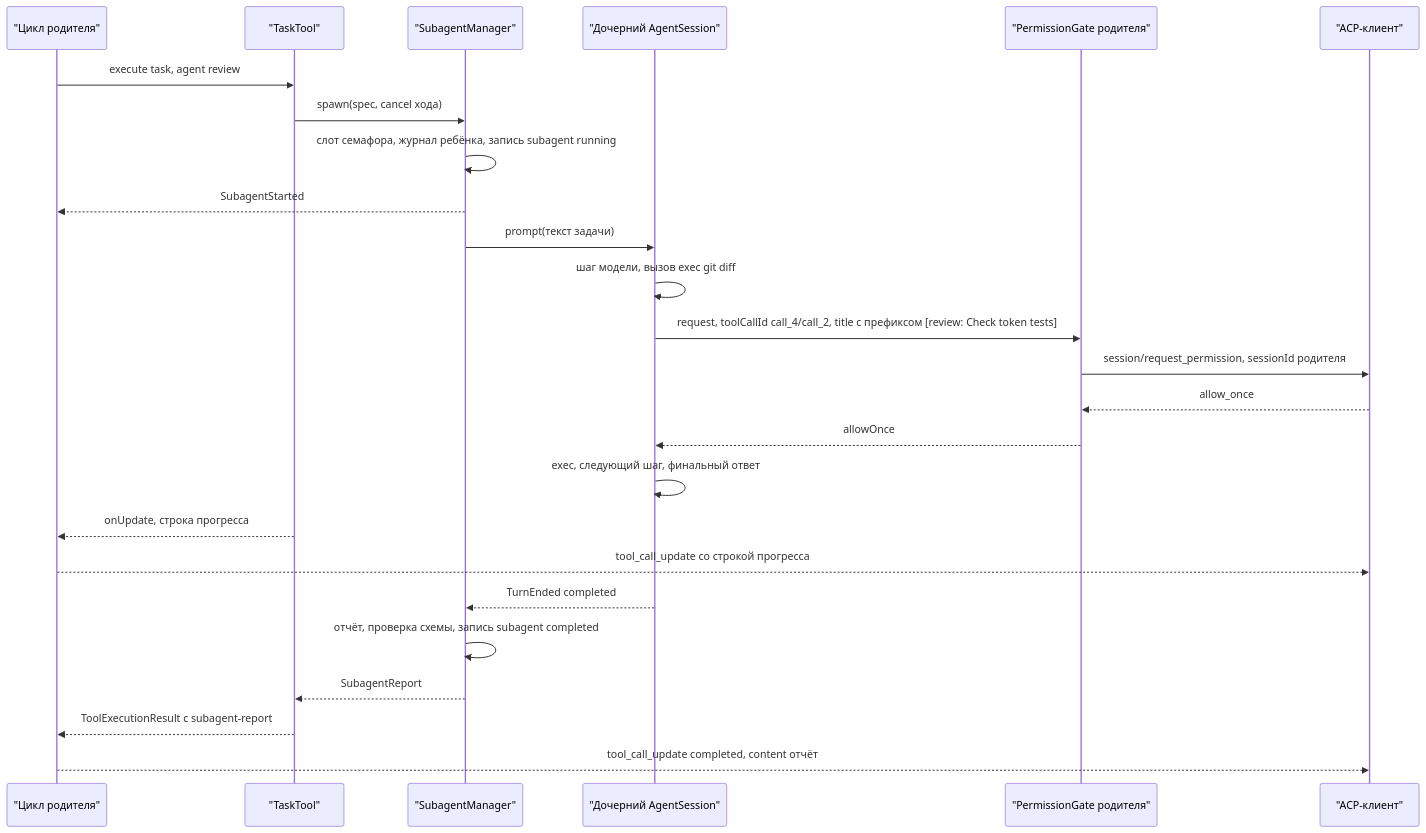
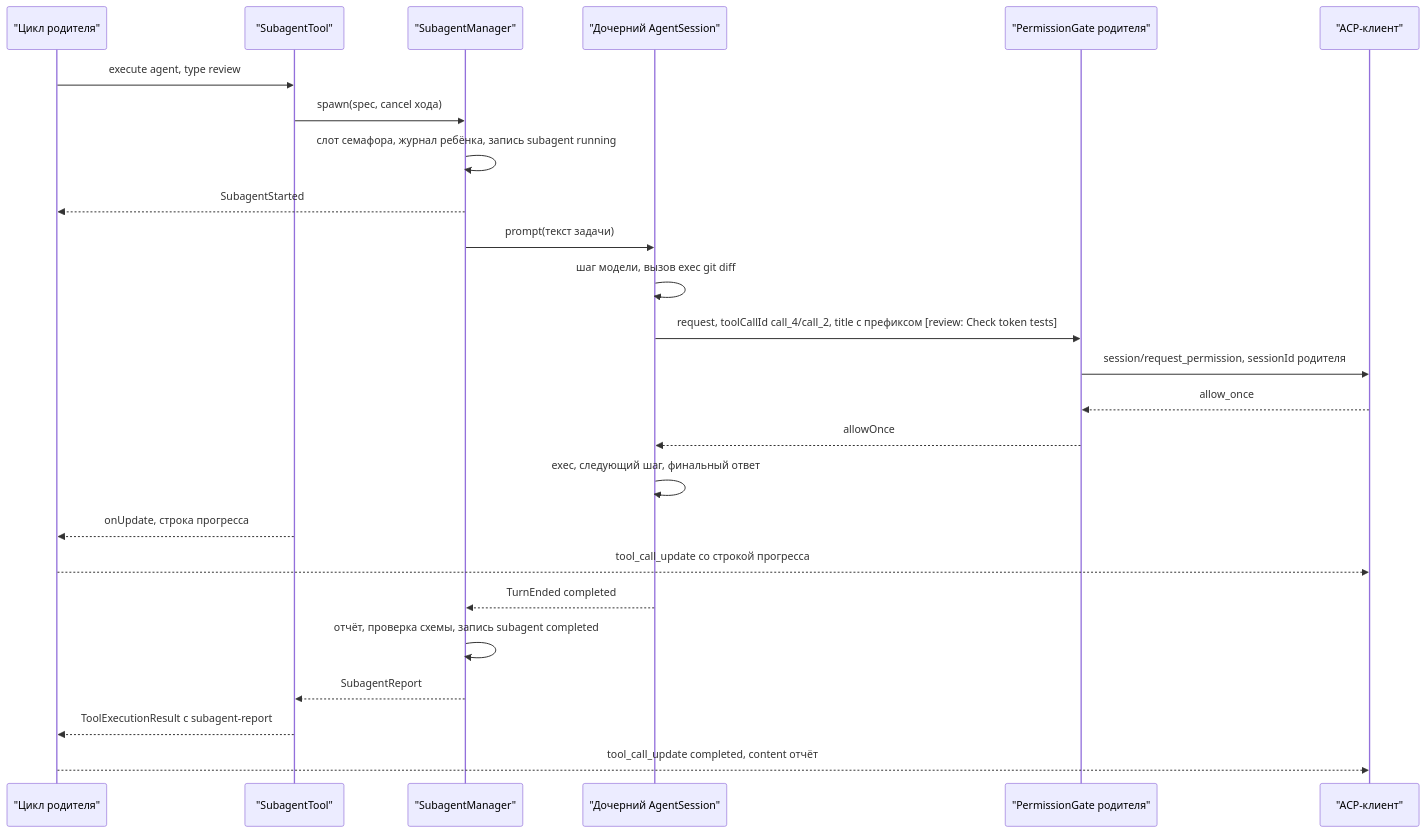
One commit to pese-git/codelab-app changed the third of 4 diagrams in docs/architecture/proposals/agent-core/17-3-subagents.md. Above: the diagram before and after it, drawn with Mermaid. The commit also changed other lines of this file and 44 other files, not shown here.

````diff
--- a/docs/architecture/proposals/agent-core/17-3-subagents.md
+++ b/docs/architecture/proposals/agent-core/17-3-subagents.md
@@ -1047,27 +1213,27 @@
 ```mermaid
 sequenceDiagram
     participant PL as "Цикл родителя"
-    participant TT as "TaskTool"
+    participant TT as "SubagentTool"
     participant SM as "SubagentManager"
     participant CH as "Дочерний AgentSession"
     participant PG as "PermissionGate родителя"
     participant CL as "ACP-клиент"
-    PL->>TT: execute task, agent review
+    PL->>TT: execute agent, type review
     TT->>SM: spawn(spec, cancel хода)
     SM->>SM: слот семафора, журнал ребёнка, запись subagent running
     SM-->>PL: SubagentStarted
     SM->>CH: prompt(текст задачи)
     CH->>CH: шаг модели, вызов exec git diff
     CH->>PG: request, toolCallId call_4/call_2, title с префиксом [review: Check token tests]
     PG->>CL: session/request_permission, sessionId родителя
     CL-->>PG: allow_once
     PG-->>CH: allowOnce
     CH->>CH: exec, следующий шаг, финальный ответ
     TT-->>PL: onUpdate, строка прогресса
     PL-->>CL: tool_call_update со строкой прогресса
     CH-->>SM: TurnEnded completed
     SM->>SM: отчёт, проверка схемы, запись subagent completed
     SM-->>TT: SubagentReport
     TT-->>PL: ToolExecutionResult с subagent-report
     PL-->>CL: tool_call_update completed, content отчёт
 ```
````
